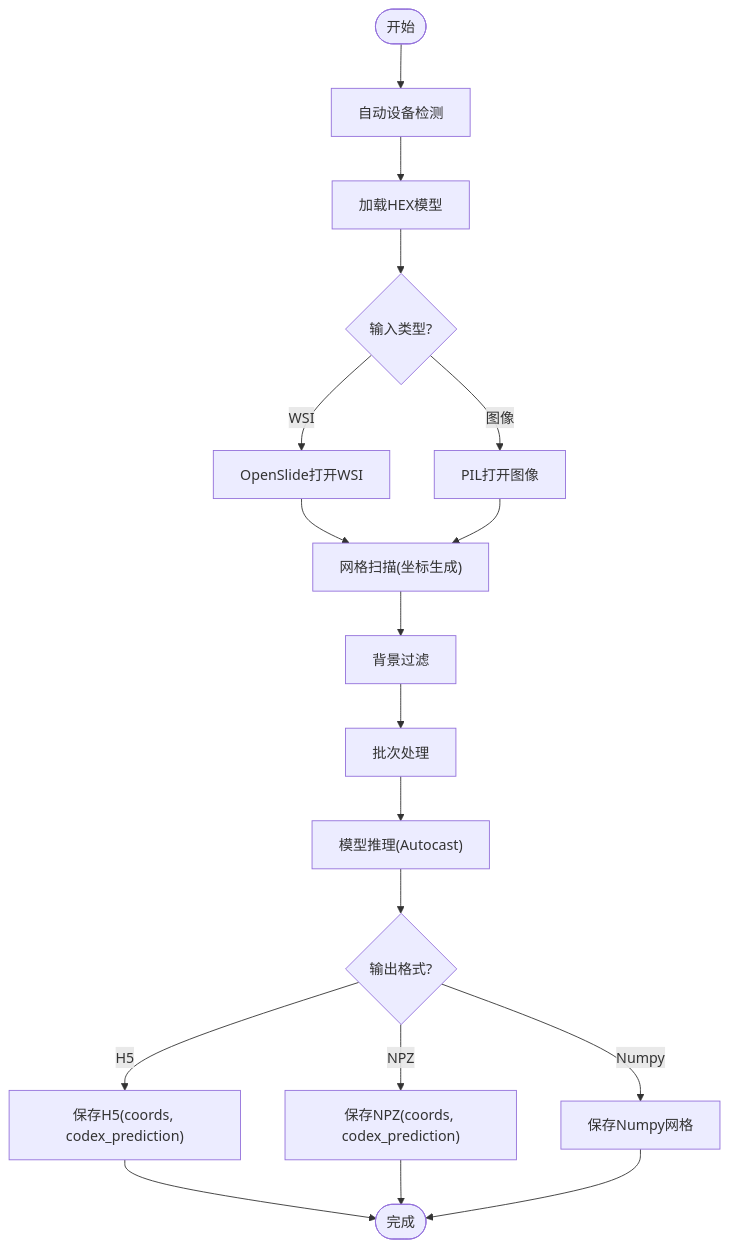
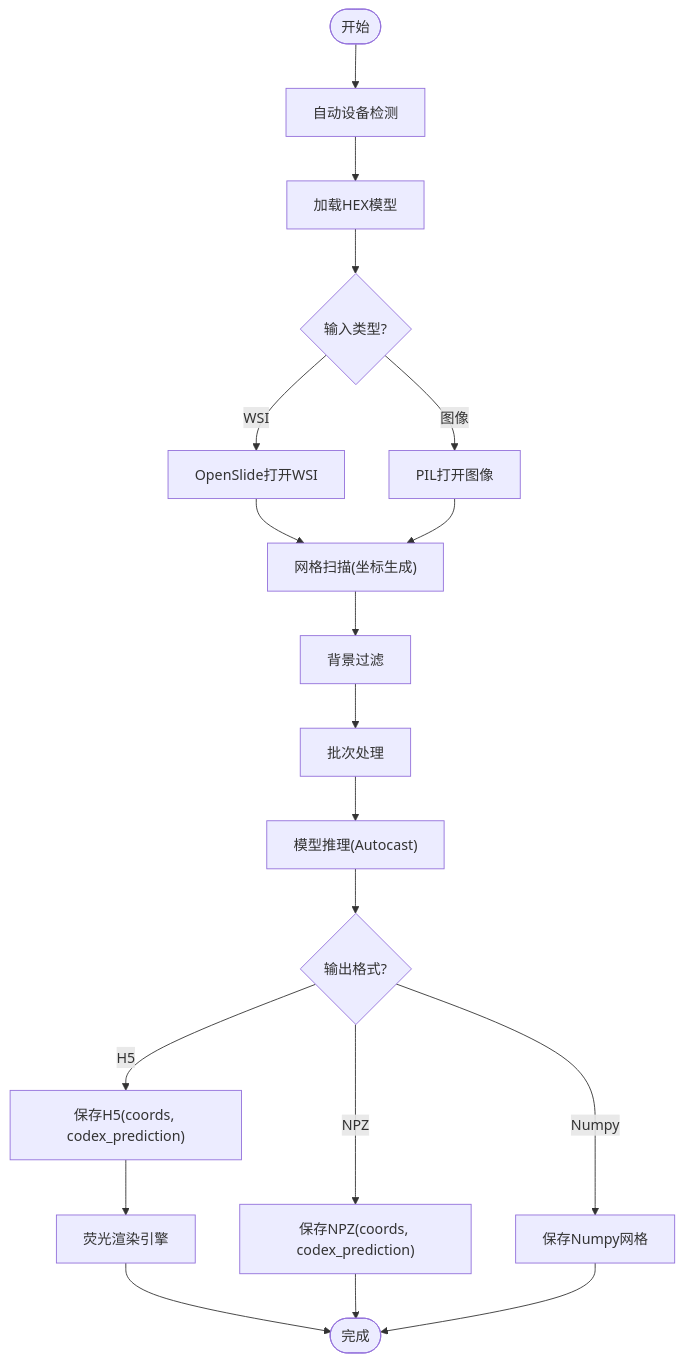
One commit to acproject/HEX changed the third of 10 diagrams in .qoder/repowiki/zh/content/虚拟Codex生成.md. Above: the diagram before and after it, drawn with Mermaid. The commit also changed other lines of this file and 7 other files, not shown here.

````diff
--- a/.qoder/repowiki/zh/content/虚拟Codex生成.md
+++ b/.qoder/repowiki/zh/content/虚拟Codex生成.md
@@ -166,20 +188,21 @@
 ```mermaid
 flowchart TD
 Start(["开始"]) --> DetectDevice["自动设备检测"]
 DetectDevice --> LoadModel["加载HEX模型"]
 LoadModel --> InputType{"输入类型?"}
 InputType --> |WSI| OpenWSI["OpenSlide打开WSI"]
 InputType --> |图像| OpenImage["PIL打开图像"]
 OpenWSI --> GridScan["网格扫描(坐标生成)"]
 OpenImage --> GridScan
 GridScan --> BackgroundFilter["背景过滤"]
 BackgroundFilter --> BatchProcess["批次处理"]
 BatchProcess --> Inference["模型推理(Autocast)"]
 Inference --> OutputFormat{"输出格式?"}
 OutputFormat --> |H5| SaveH5["保存H5(coords, codex_prediction)"]
 OutputFormat --> |NPZ| SaveNPZ["保存NPZ(coords, codex_prediction)"]
 OutputFormat --> |Numpy| SaveNumpy["保存Numpy网格"]
-SaveH5 --> End(["完成"])
+SaveH5 --> FluorescentRender["荧光渲染引擎"]
+FluorescentRender --> End(["完成"])
 SaveNPZ --> End
 SaveNumpy --> End
 ```
````
